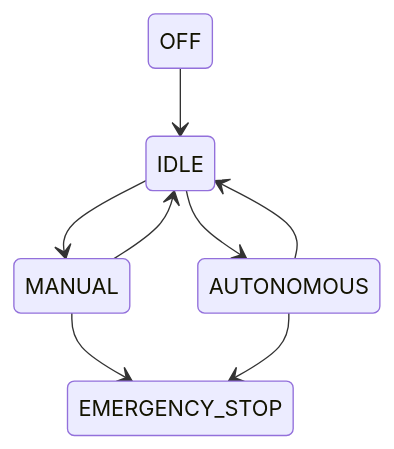
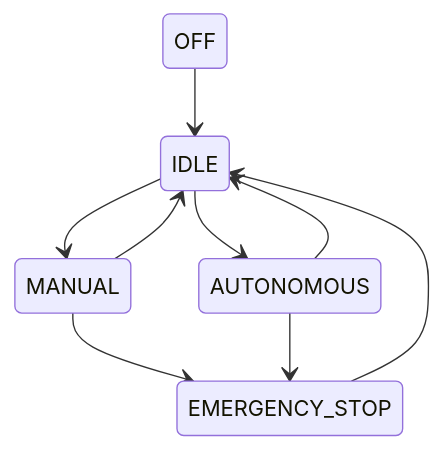
One commit to ViruVilvanathan/Robotics changed the diagram in Atlas/docs/state_machine.md. Above: the diagram before and after it, drawn with Mermaid.

Commit message:
Added estop to idle

````diff
--- a/Atlas/docs/state_machine.md
+++ b/Atlas/docs/state_machine.md
@@ -17,10 +17,11 @@
 ```mermaid
 stateDiagram
     OFF --> IDLE
     IDLE --> MANUAL
     IDLE --> AUTONOMOUS
     MANUAL --> IDLE
     AUTONOMOUS --> IDLE
     MANUAL --> EMERGENCY_STOP
     AUTONOMOUS --> EMERGENCY_STOP
+    EMERGENCY_STOP --> IDLE
 ```
````
